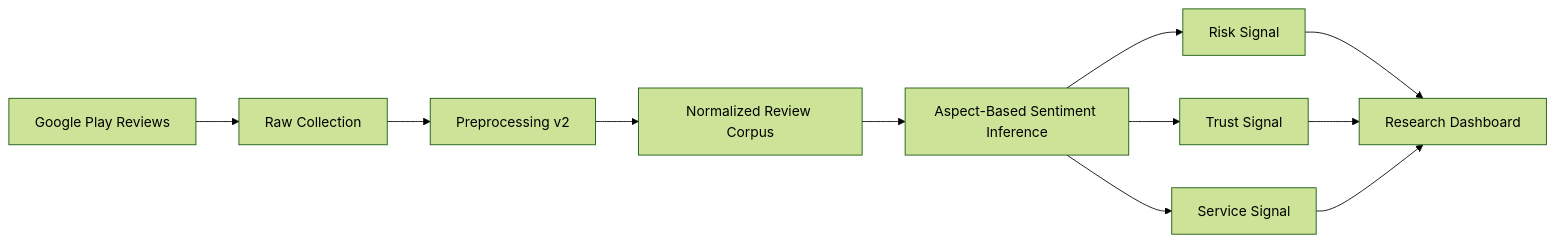
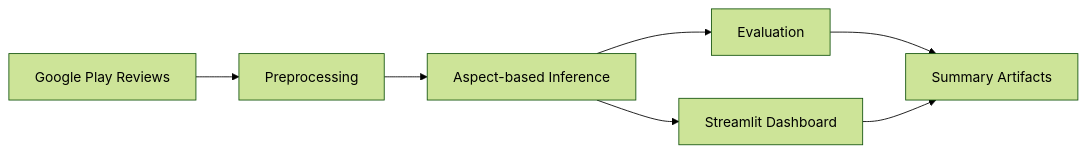
Before and after one commit to alvin-agustio/absa-fintech-review: the diagram in README.md, drawn with Mermaid (forest theme). The commit also changed other lines of this file and 4 other files, not shown here.

````diff
--- a/README.md
+++ b/README.md
@@ -55,13 +92,9 @@
 ```mermaid
 flowchart LR
-    A[Google Play Reviews] --> B[Raw Collection]
-    B --> C[Preprocessing v2]
-    C --> D[Normalized Review Corpus]
-    D --> E[Aspect-Based Sentiment Inference]
-    E --> F[Risk Signal]
-    E --> G[Trust Signal]
-    E --> H[Service Signal]
-    F --> I[Research Dashboard]
-    G --> I
-    H --> I
+    A[Google Play Reviews] --> B[Preprocessing]
+    B --> C[Aspect-based Inference]
+    C --> D[Evaluation]
+    C --> E[Streamlit Dashboard]
+    D --> F[Summary Artifacts]
+    E --> F
 ```
````
